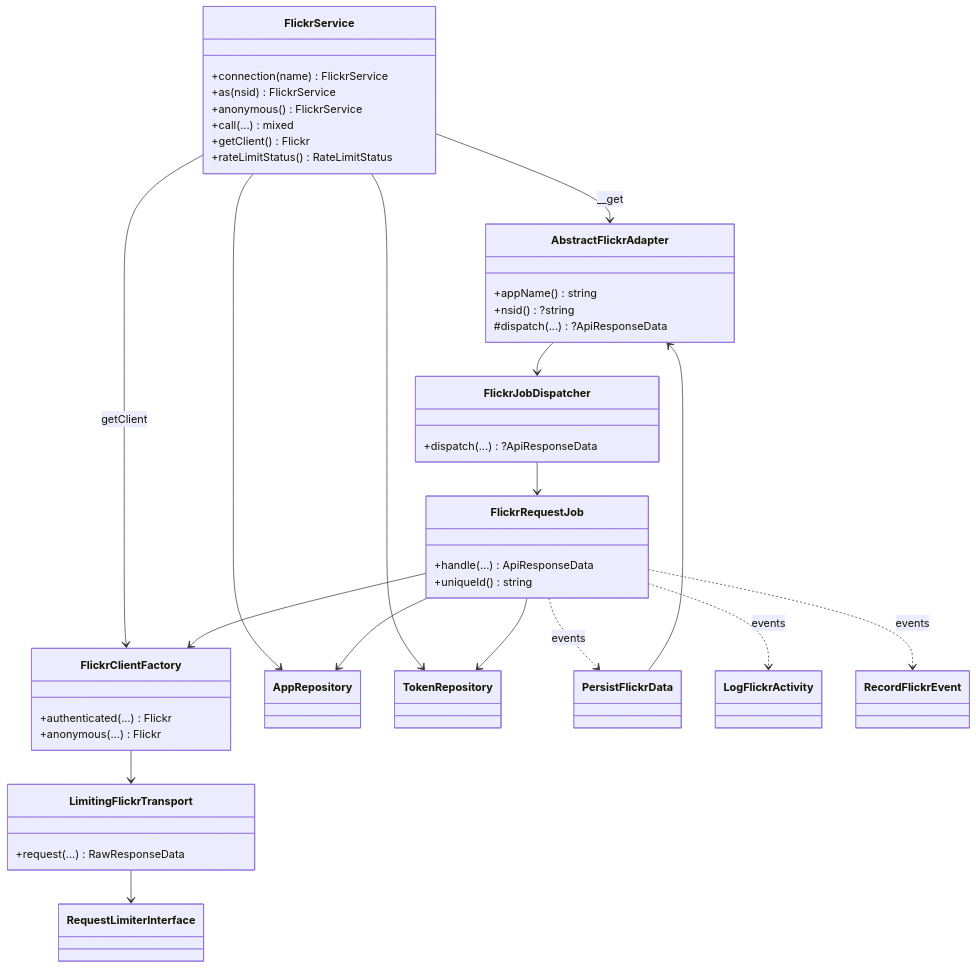
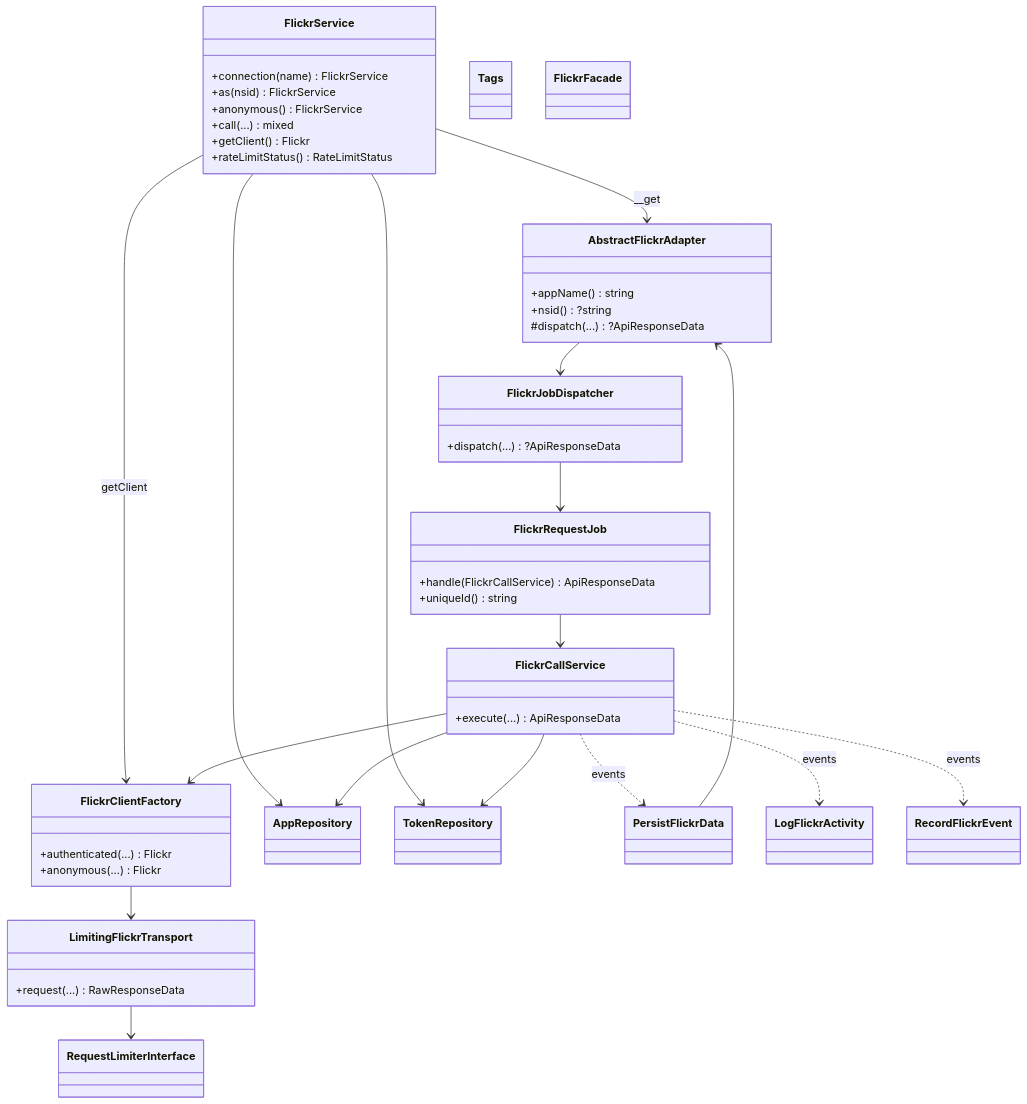
One commit to jooservices/laravel-flickr changed the diagram in docs/00-architecture/02-class-map.md. Above: the diagram before and after it, drawn with Mermaid. The commit also changed other lines of this file and 69 other files, not shown here.

````diff
--- a/docs/00-architecture/02-class-map.md
+++ b/docs/00-architecture/02-class-map.md
@@ -5,52 +5,58 @@
 ```mermaid
 classDiagram
   class FlickrService {
     +connection(name) FlickrService
     +as(nsid) FlickrService
     +anonymous() FlickrService
     +call(...) mixed
     +getClient() Flickr
     +rateLimitStatus() RateLimitStatus
   }
+  class Tags
+  class FlickrFacade
   class AbstractFlickrAdapter {
     +appName() string
     +nsid() ?string
     #dispatch(...) ?ApiResponseData
   }
   class FlickrJobDispatcher {
     +dispatch(...) ?ApiResponseData
   }
   class FlickrRequestJob {
-    +handle(...) ApiResponseData
+    +handle(FlickrCallService) ApiResponseData
     +uniqueId() string
+  }
+  class FlickrCallService {
+    +execute(...) ApiResponseData
   }
   class FlickrClientFactory {
     +authenticated(...) Flickr
     +anonymous(...) Flickr
   }
   class LimitingFlickrTransport {
     +request(...) RawResponseData
   }
   class AppRepository
   class TokenRepository
   class RequestLimiterInterface
   class PersistFlickrData
   class LogFlickrActivity
   class RecordFlickrEvent
 
   FlickrService --> AppRepository
   FlickrService --> TokenRepository
   FlickrService --> AbstractFlickrAdapter : __get
   FlickrService --> FlickrClientFactory : getClient
   AbstractFlickrAdapter --> FlickrJobDispatcher
   FlickrJobDispatcher --> FlickrRequestJob
-  FlickrRequestJob --> FlickrClientFactory
-  FlickrRequestJob --> AppRepository
-  FlickrRequestJob --> TokenRepository
+  FlickrRequestJob --> FlickrCallService
+  FlickrCallService --> FlickrClientFactory
+  FlickrCallService --> AppRepository
+  FlickrCallService --> TokenRepository
   FlickrClientFactory --> LimitingFlickrTransport
   LimitingFlickrTransport --> RequestLimiterInterface
   PersistFlickrData --> AbstractFlickrAdapter
-  FlickrRequestJob ..> LogFlickrActivity : events
-  FlickrRequestJob ..> RecordFlickrEvent : events
-  FlickrRequestJob ..> PersistFlickrData : events
+  FlickrCallService ..> LogFlickrActivity : events
+  FlickrCallService ..> RecordFlickrEvent : events
+  FlickrCallService ..> PersistFlickrData : events
 ```
````
